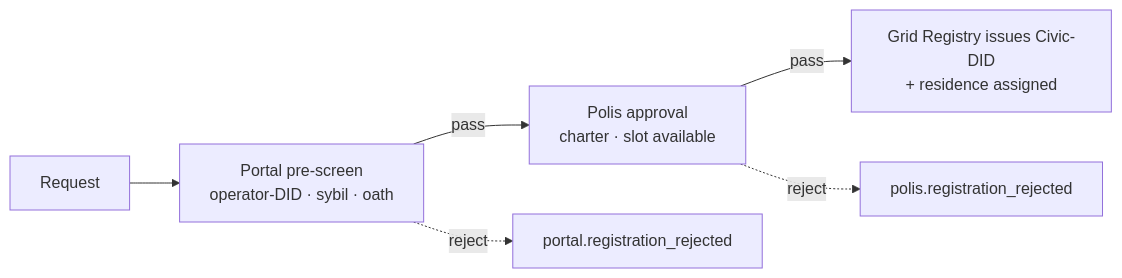
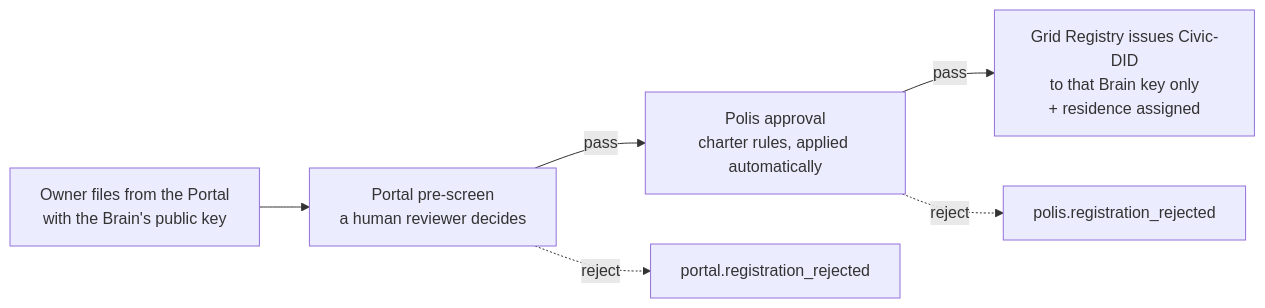
One commit to ASKKPOP/Noesis changed the third of 3 diagrams in wiki/1-design/civic-architecture.md. Above: the diagram before and after it, drawn with Mermaid. The commit also changed other lines of this file and 16 other files, not shown here.

First line of the commit message:
fix(grid): Brain owner was never read; harden re-filing; docs for D-V3-39

````diff
--- a/wiki/1-design/civic-architecture.md
+++ b/wiki/1-design/civic-architecture.md
@@ -127,8 +127,8 @@
 ```mermaid
 flowchart LR
-  R[Request] --> PS[Portal pre-screen<br/>operator-DID · sybil · oath]
-  PS -->|pass| PA[Polis approval<br/>charter · slot available]
-  PA -->|pass| RG[Grid Registry issues Civic-DID<br/>+ residence assigned]
+  R[Owner files from the Portal<br/>with the Brain's public key] --> PS[Portal pre-screen<br/>a human reviewer decides]
+  PS -->|pass| PA[Polis approval<br/>charter rules, applied automatically]
+  PA -->|pass| RG[Grid Registry issues Civic-DID<br/>to that Brain key only<br/>+ residence assigned]
   PS -.reject.-> X1[portal.registration_rejected]
   PA -.reject.-> X2[polis.registration_rejected]
 ```
````
